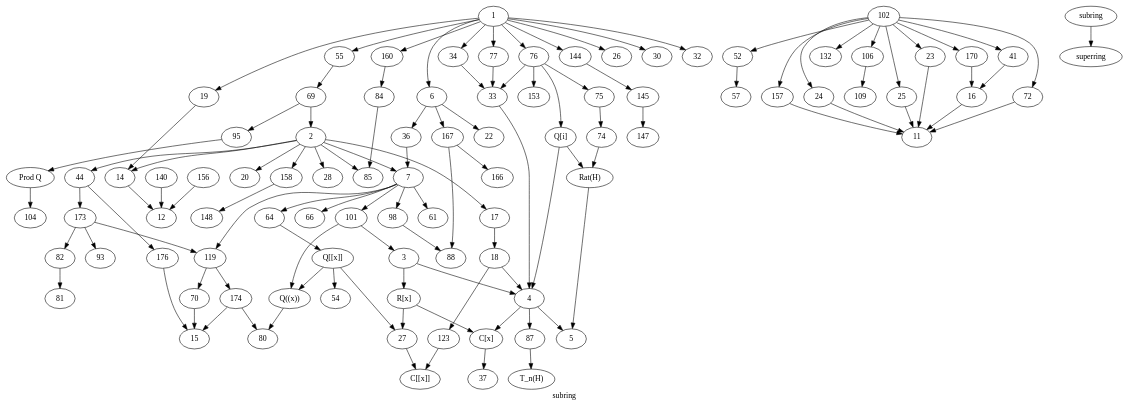
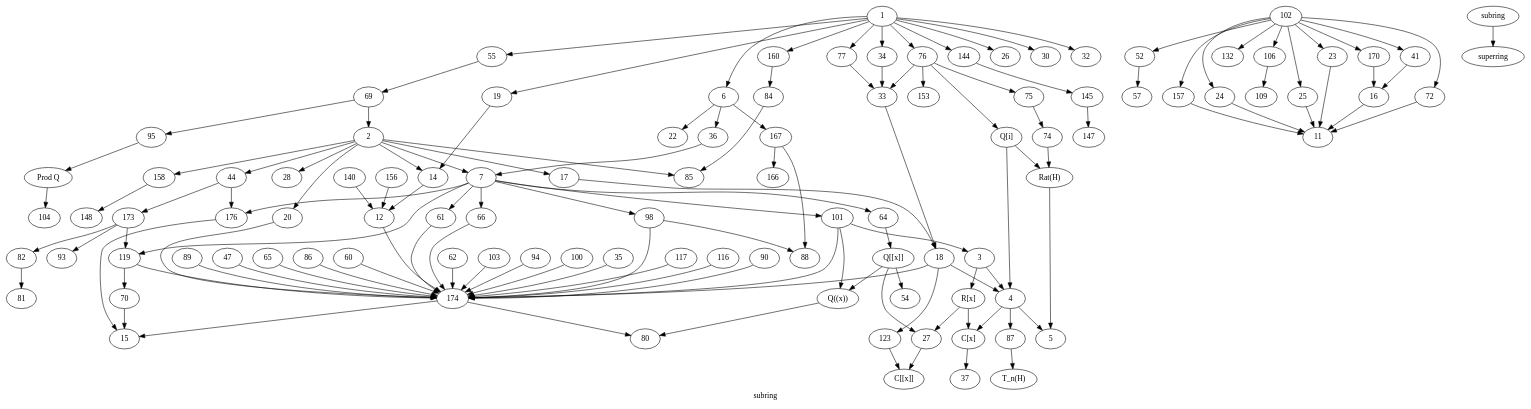
Before and after one commit to rschwiebert/dart_data: the diagram in map_dotfiles/subring.dot, drawn with Graphviz. The commit also changed 20 other files, not shown here.

Commit message:
Content suggestion in #67, and consequences of the theorem on countable dimensional algebras

```diff
--- a/map_dotfiles/subring.dot
+++ b/map_dotfiles/subring.dot
@@ -73,7 +73,7 @@
   76 -> 153;
   76 -> 75;
   76 -> 33;
-  33 -> 4; // Can we say more?
+//   33 -> 4; // Can we say more?
   7 -> 101;
   6 -> 22;
   145 -> 147;
@@ -110,22 +110,38 @@
   23 -> 11;
   173 -> 93; // specialize 93 to Q
   44 -> 173;
-
   173 -> 82;
 //   173 -> 174;
   174 -> 80; // on the diagonal, right?
   174 -> 15;
   173 -> 119;
   119 -> 174;
-
-
   44 -> 176;
   176 -> 15;
   156 -> 12; // need to specialize 12 to Q
   140 -> 12;
-
-
-
+  66  -> 174;
+  61 -> 174;
+  101 -> 174;
+  98 -> 174;
+  12 -> 174;
+  18 -> 174;
+  20 -> 174;
+  117 -> 174;
+  116 -> 174;
+  90 -> 174;
+  89 -> 174;
+  47 -> 174;
+  65 -> 174;
+  86 -> 174;
+  60 -> 174;
+  62 -> 174;
+  103 -> 174;
+  94 -> 174;
+  100 -> 174;
+  35 -> 174;
+  33 -> 18;
+  7-> 176;
 
 
   // Proposed
```
